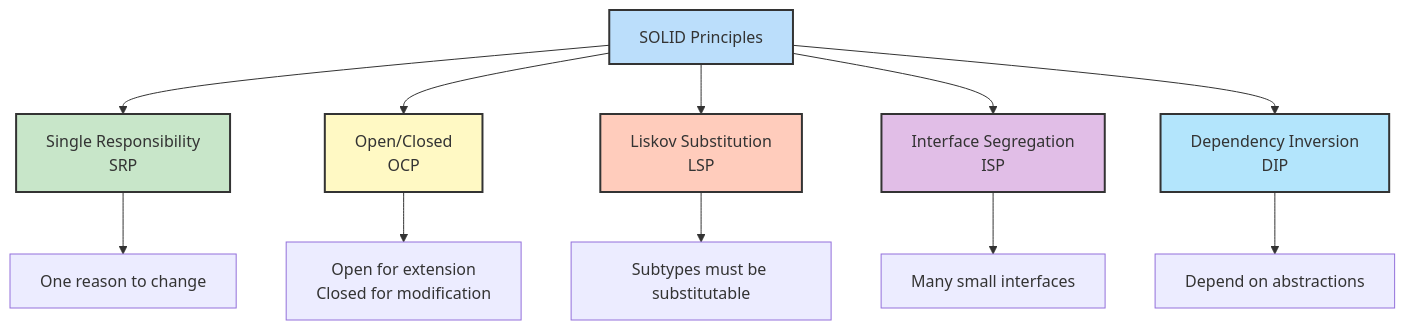
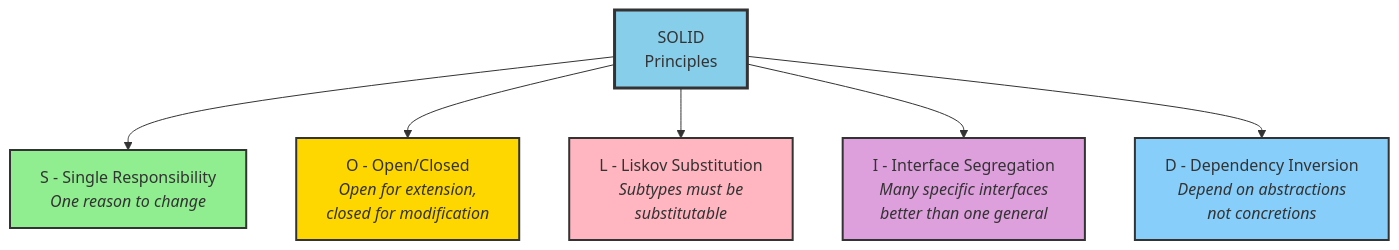
One commit to NguyenPhamCode4You/ai-home-lab-docker-compose changed the first of 2 diagrams in C# fundamentals/day12-design-patterns.md. Above: the diagram before and after it, drawn with Mermaid. The commit also changed other lines of this file and 1 other file, not shown here.

````diff
--- a/C# fundamentals/day12-design-patterns.md
+++ b/C# fundamentals/day12-design-patterns.md
@@ -17,21 +18,15 @@
 ```mermaid
-graph TB
-    A[SOLID Principles] --> B[Single Responsibility<br/>SRP]
-    A --> C[Open/Closed<br/>OCP]
-    A --> D[Liskov Substitution<br/>LSP]
-    A --> E[Interface Segregation<br/>ISP]
-    A --> F[Dependency Inversion<br/>DIP]
+flowchart TB
+    A[SOLID<br/>Principles] --> B["S - Single Responsibility<br/><i>One reason to change</i>"]
+    A --> C["O - Open/Closed<br/><i>Open for extension,<br/>closed for modification</i>"]
+    A --> D["L - Liskov Substitution<br/><i>Subtypes must be<br/>substitutable</i>"]
+    A --> E["I - Interface Segregation<br/><i>Many specific interfaces<br/>better than one general</i>"]
+    A --> F["D - Dependency Inversion<br/><i>Depend on abstractions<br/>not concretions</i>"]
 
-    B --> B1[One reason to change]
-    C --> C1[Open for extension<br/>Closed for modification]
-    D --> D1[Subtypes must be substitutable]
-    E --> E1[Many small interfaces]
-    F --> F1[Depend on abstractions]
-
-    style A fill:#bbdefb,stroke:#333,stroke-width:2px
-    style B fill:#c8e6c9,stroke:#333,stroke-width:2px
-    style C fill:#fff9c4,stroke:#333,stroke-width:2px
-    style D fill:#ffccbc,stroke:#333,stroke-width:2px
-    style E fill:#e1bee7,stroke:#333,stroke-width:2px
-    style F fill:#b3e5fc,stroke:#333,stroke-width:2px
+    style A fill:#87CEEB,stroke:#333,stroke-width:3px
+    style B fill:#90EE90,stroke:#333,stroke-width:2px
+    style C fill:#FFD700,stroke:#333,stroke-width:2px
+    style D fill:#FFB6C1,stroke:#333,stroke-width:2px
+    style E fill:#DDA0DD,stroke:#333,stroke-width:2px
+    style F fill:#87CEFA,stroke:#333,stroke-width:2px
 ```
````
